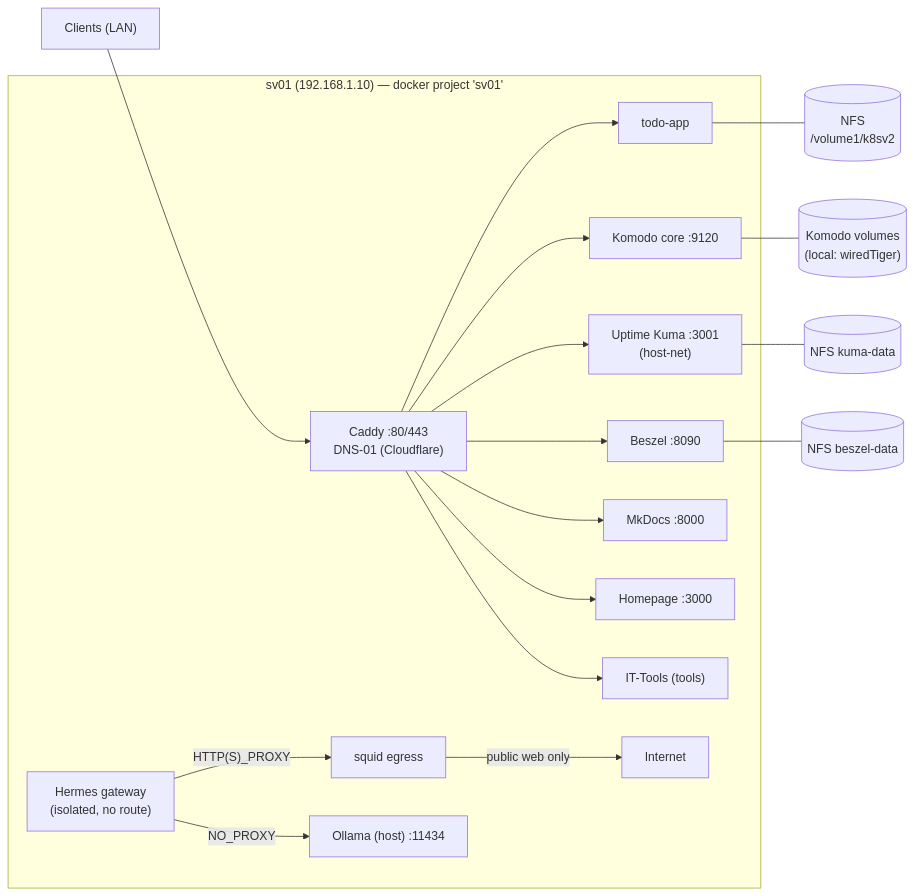
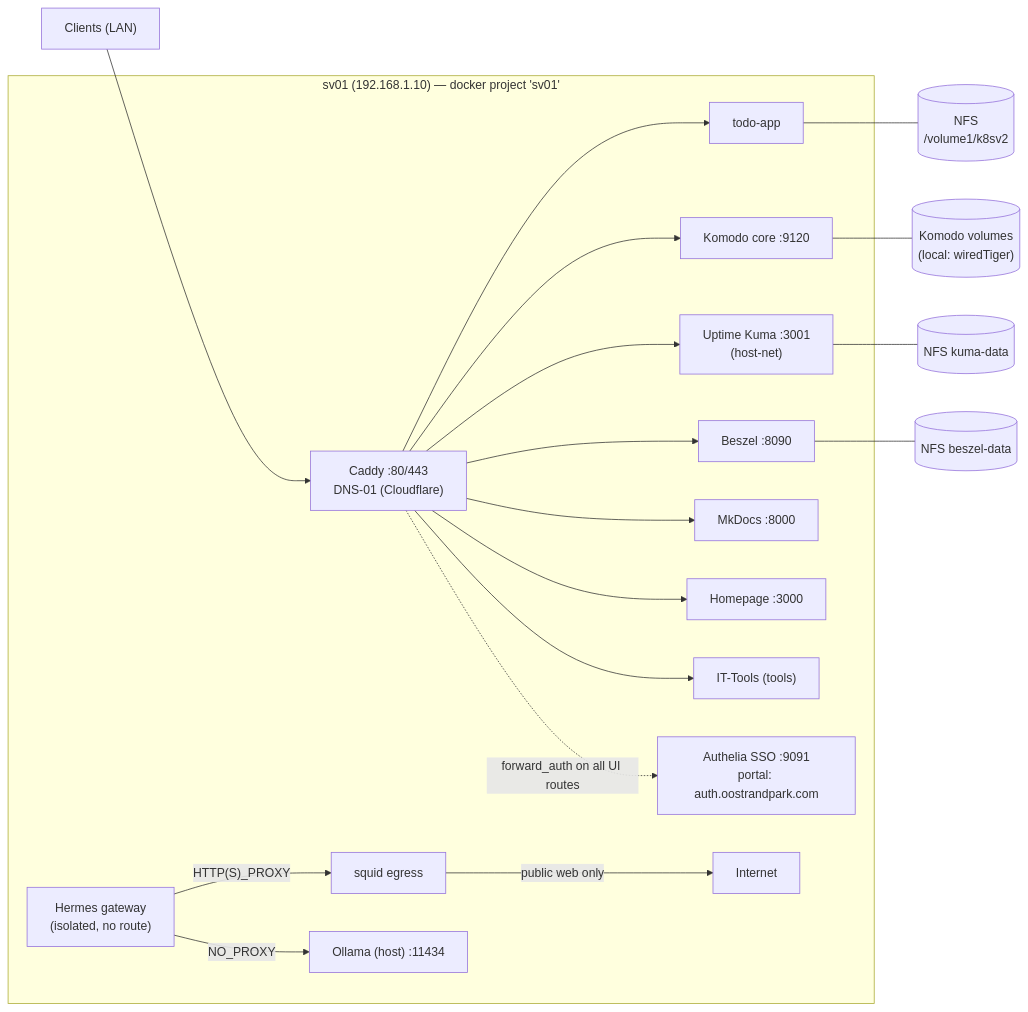
One commit to RKruit/k3s-gitops changed the diagram in docs/index.md. Above: the diagram before and after it, drawn with Mermaid. The commit also changed other lines of this file and 12 other files, not shown here.

Commit message:
sv01: Authelia SSO — 1-account password login + forward_auth on all UI routes (portal auth.oostrandpark.com); docs+Kuma script updated

````diff
--- a/docs/index.md
+++ b/docs/index.md
@@ -30,20 +30,21 @@
 ```mermaid
 flowchart LR
     user["Clients (LAN)"] --> caddy
     subgraph sv01["sv01 (192.168.1.10) — docker project 'sv01'"]
         caddy["Caddy :80/443<br>DNS-01 (Cloudflare)"] --> todo["todo-app"]
         caddy --> komodo["Komodo core :9120"]
         caddy --> kuma["Uptime Kuma :3001<br>(host-net)"]
         caddy --> beszel["Beszel :8090"]
         caddy --> docs_site["MkDocs :8000"]
         caddy --> homepage["Homepage :3000"]
         caddy --> ittools["IT-Tools (tools)"]
+        caddy -. "forward_auth on all UI routes" .-> authelia["Authelia SSO :9091<br>portal: auth.oostrandpark.com"]
         hermes["Hermes gateway<br>(isolated, no route)"] -- "HTTP(S)_PROXY" --> squid["squid egress"]
         squid -- "public web only" --> net["Internet"]
         hermes -- "NO_PROXY" --> ollama["Ollama (host) :11434"]
     end
     todo --- v1[("NFS<br>/volume1/k8sv2")]
     komodo --- v2[("Komodo volumes<br>(local: wiredTiger)")]
     kuma --- v3[("NFS kuma-data")]
     beszel --- v4[("NFS beszel-data")]
 ```
````
